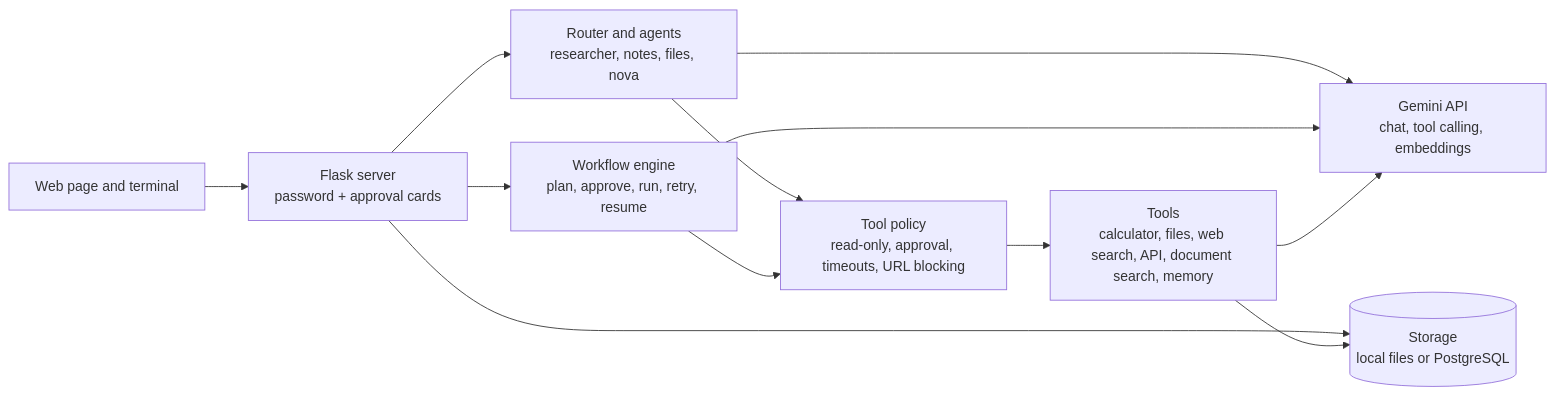
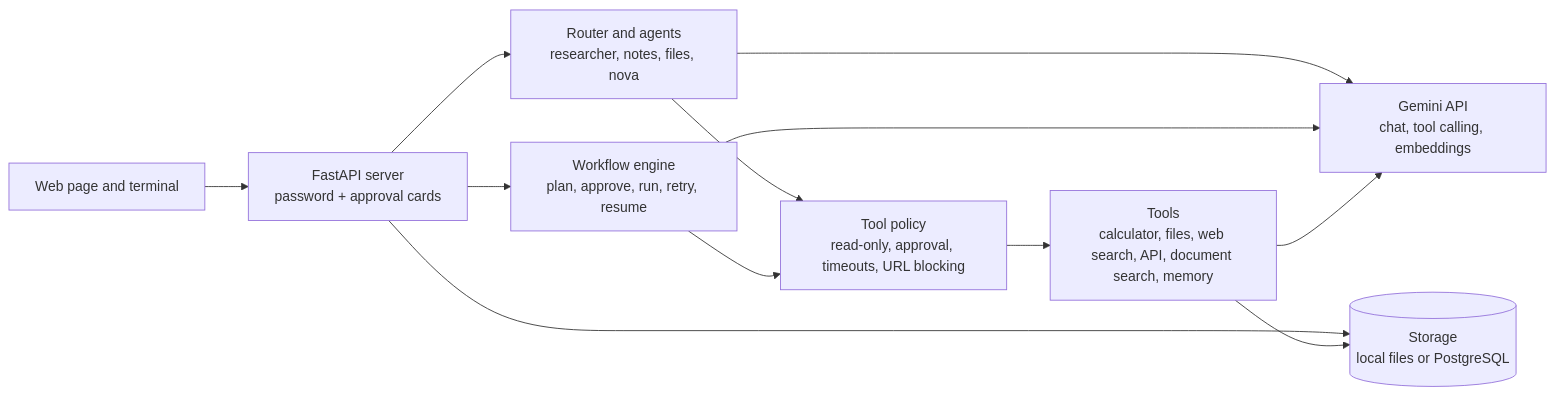
Before and after one commit to abhilashyaragal570-del/nova: the diagram in README.md, drawn with Mermaid. The commit also changed other lines of this file and 16 other files, not shown here.

Commit message:
Remove the old Flask API routes and start the app with uvicorn

````diff
--- a/README.md
+++ b/README.md
@@ -19,14 +19,14 @@
 ```mermaid
 flowchart LR
-    UI["Web page and terminal"] --> SRV["Flask server<br/>password + approval cards"]
+    UI["Web page and terminal"] --> SRV["FastAPI server<br/>password + approval cards"]
     SRV --> AG["Router and agents<br/>researcher, notes, files, nova"]
     SRV --> WF["Workflow engine<br/>plan, approve, run, retry, resume"]
     AG --> POL["Tool policy<br/>read-only, approval, timeouts, URL blocking"]
     WF --> POL
     POL --> TOOLS["Tools<br/>calculator, files, web search, API, document search, memory"]
     AG --> LLM["Gemini API<br/>chat, tool calling, embeddings"]
     WF --> LLM
     TOOLS --> LLM
     SRV --> DB[("Storage<br/>local files or PostgreSQL")]
     TOOLS --> DB
 ```
````
